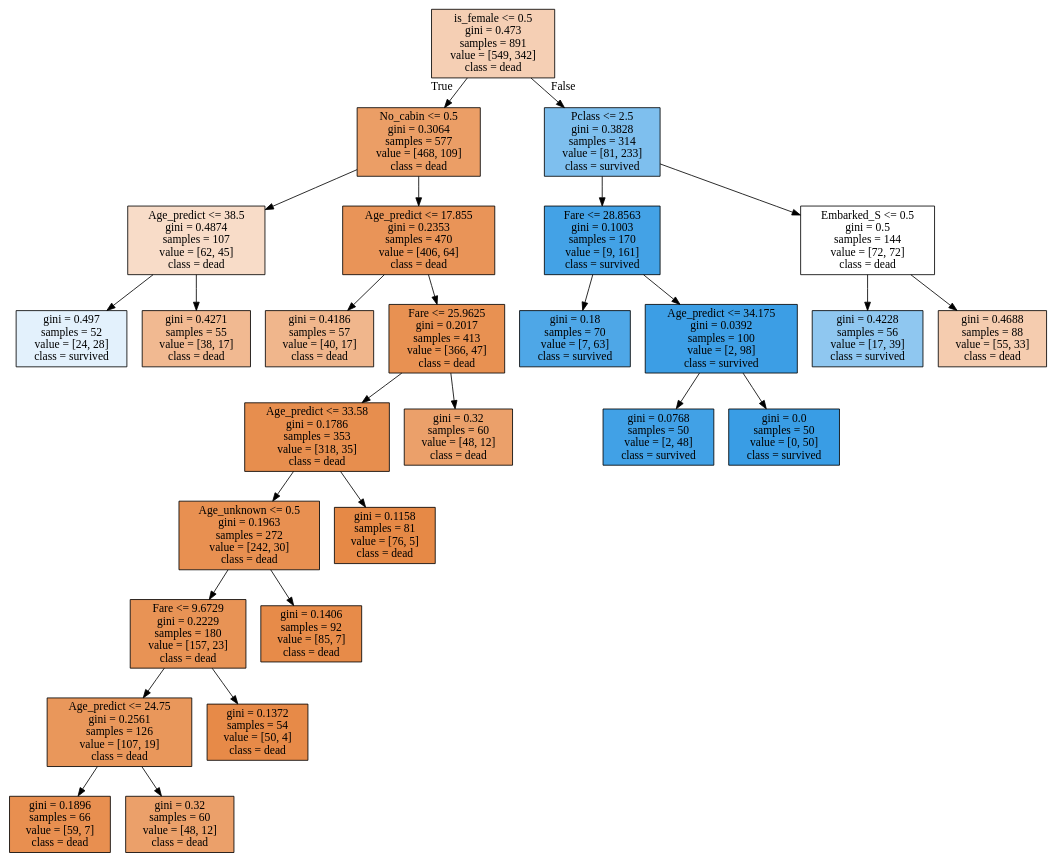
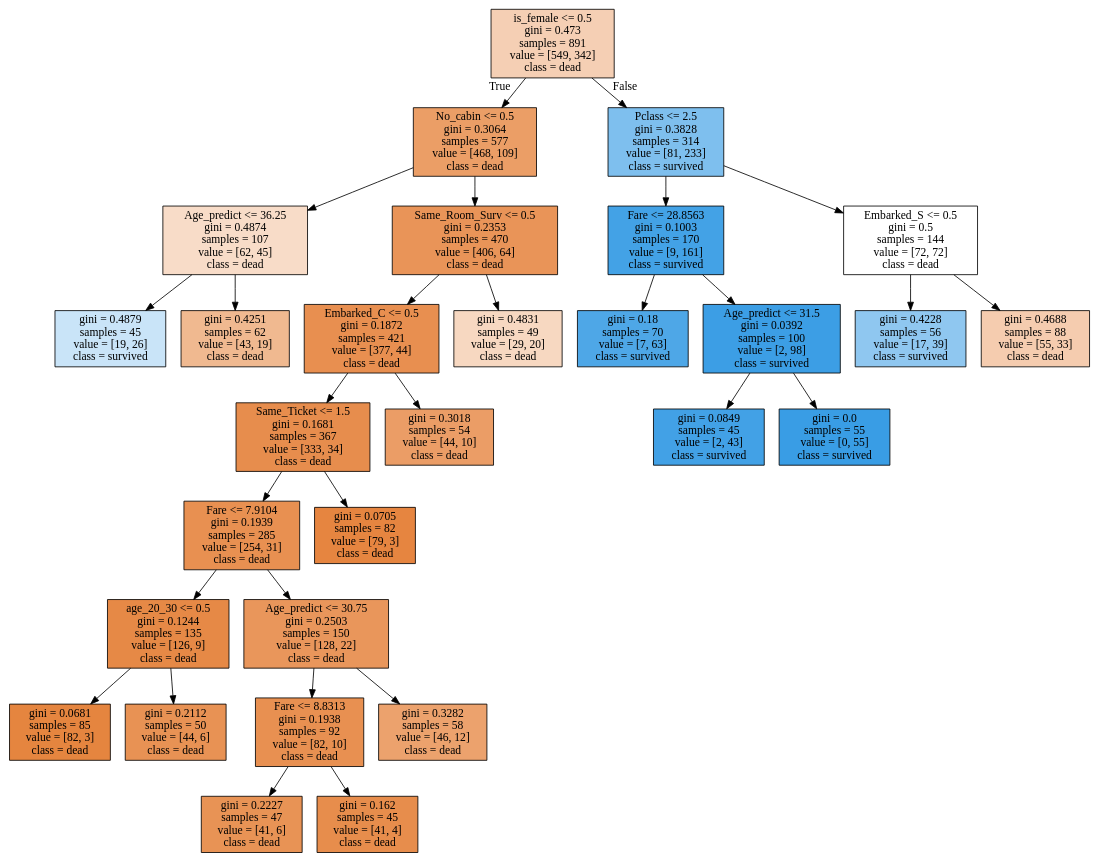
The diagram in img/tree.dot (Sirorezka/Titanic), drawn with Graphviz before and after one commit. The commit also changed 10 other files, not shown here.

```diff
--- a/img/tree.dot
+++ b/img/tree.dot
@@ -1,56 +1,60 @@
 digraph Tree {
 node [shape=box, style="filled", color="black"] ;
 0 [label="is_female <= 0.5\ngini = 0.473\nsamples = 891\nvalue = [549, 342]\nclass = dead", fillcolor="#e5813960"] ;
 1 [label="No_cabin <= 0.5\ngini = 0.3064\nsamples = 577\nvalue = [468, 109]\nclass = dead", fillcolor="#e58139c4"] ;
 0 -> 1 [labeldistance=2.5, labelangle=45, headlabel="True"] ;
-2 [label="Age_predict <= 38.5\ngini = 0.4874\nsamples = 107\nvalue = [62, 45]\nclass = dead", fillcolor="#e5813946"] ;
+2 [label="Age_predict <= 36.25\ngini = 0.4874\nsamples = 107\nvalue = [62, 45]\nclass = dead", fillcolor="#e5813946"] ;
 1 -> 2 ;
-3 [label="gini = 0.497\nsamples = 52\nvalue = [24, 28]\nclass = survived", fillcolor="#399de524"] ;
+3 [label="gini = 0.4879\nsamples = 45\nvalue = [19, 26]\nclass = survived", fillcolor="#399de545"] ;
 2 -> 3 ;
-4 [label="gini = 0.4271\nsamples = 55\nvalue = [38, 17]\nclass = dead", fillcolor="#e581398d"] ;
+4 [label="gini = 0.4251\nsamples = 62\nvalue = [43, 19]\nclass = dead", fillcolor="#e581398e"] ;
 2 -> 4 ;
-5 [label="Age_predict <= 17.855\ngini = 0.2353\nsamples = 470\nvalue = [406, 64]\nclass = dead", fillcolor="#e58139d7"] ;
+5 [label="Same_Room_Surv <= 0.5\ngini = 0.2353\nsamples = 470\nvalue = [406, 64]\nclass = dead", fillcolor="#e58139d7"] ;
 1 -> 5 ;
-6 [label="gini = 0.4186\nsamples = 57\nvalue = [40, 17]\nclass = dead", fillcolor="#e5813993"] ;
+6 [label="Embarked_C <= 0.5\ngini = 0.1872\nsamples = 421\nvalue = [377, 44]\nclass = dead", fillcolor="#e58139e1"] ;
 5 -> 6 ;
-7 [label="Fare <= 25.9625\ngini = 0.2017\nsamples = 413\nvalue = [366, 47]\nclass = dead", fillcolor="#e58139de"] ;
-5 -> 7 ;
-8 [label="Age_predict <= 33.58\ngini = 0.1786\nsamples = 353\nvalue = [318, 35]\nclass = dead", fillcolor="#e58139e3"] ;
+7 [label="Same_Ticket <= 1.5\ngini = 0.1681\nsamples = 367\nvalue = [333, 34]\nclass = dead", fillcolor="#e58139e5"] ;
+6 -> 7 ;
+8 [label="Fare <= 7.9104\ngini = 0.1939\nsamples = 285\nvalue = [254, 31]\nclass = dead", fillcolor="#e58139e0"] ;
 7 -> 8 ;
-9 [label="Age_unknown <= 0.5\ngini = 0.1963\nsamples = 272\nvalue = [242, 30]\nclass = dead", fillcolor="#e58139df"] ;
+9 [label="age_20_30 <= 0.5\ngini = 0.1244\nsamples = 135\nvalue = [126, 9]\nclass = dead", fillcolor="#e58139ed"] ;
 8 -> 9 ;
-10 [label="Fare <= 9.6729\ngini = 0.2229\nsamples = 180\nvalue = [157, 23]\nclass = dead", fillcolor="#e58139da"] ;
+10 [label="gini = 0.0681\nsamples = 85\nvalue = [82, 3]\nclass = dead", fillcolor="#e58139f6"] ;
 9 -> 10 ;
-11 [label="Age_predict <= 24.75\ngini = 0.2561\nsamples = 126\nvalue = [107, 19]\nclass = dead", fillcolor="#e58139d2"] ;
-10 -> 11 ;
-12 [label="gini = 0.1896\nsamples = 66\nvalue = [59, 7]\nclass = dead", fillcolor="#e58139e1"] ;
-11 -> 12 ;
-13 [label="gini = 0.32\nsamples = 60\nvalue = [48, 12]\nclass = dead", fillcolor="#e58139bf"] ;
-11 -> 13 ;
-14 [label="gini = 0.1372\nsamples = 54\nvalue = [50, 4]\nclass = dead", fillcolor="#e58139eb"] ;
-10 -> 14 ;
-15 [label="gini = 0.1406\nsamples = 92\nvalue = [85, 7]\nclass = dead", fillcolor="#e58139ea"] ;
-9 -> 15 ;
-16 [label="gini = 0.1158\nsamples = 81\nvalue = [76, 5]\nclass = dead", fillcolor="#e58139ee"] ;
-8 -> 16 ;
-17 [label="gini = 0.32\nsamples = 60\nvalue = [48, 12]\nclass = dead", fillcolor="#e58139bf"] ;
+11 [label="gini = 0.2112\nsamples = 50\nvalue = [44, 6]\nclass = dead", fillcolor="#e58139dc"] ;
+9 -> 11 ;
+12 [label="Age_predict <= 30.75\ngini = 0.2503\nsamples = 150\nvalue = [128, 22]\nclass = dead", fillcolor="#e58139d3"] ;
+8 -> 12 ;
+13 [label="Fare <= 8.8313\ngini = 0.1938\nsamples = 92\nvalue = [82, 10]\nclass = dead", fillcolor="#e58139e0"] ;
+12 -> 13 ;
+14 [label="gini = 0.2227\nsamples = 47\nvalue = [41, 6]\nclass = dead", fillcolor="#e58139da"] ;
+13 -> 14 ;
+15 [label="gini = 0.162\nsamples = 45\nvalue = [41, 4]\nclass = dead", fillcolor="#e58139e6"] ;
+13 -> 15 ;
+16 [label="gini = 0.3282\nsamples = 58\nvalue = [46, 12]\nclass = dead", fillcolor="#e58139bc"] ;
+12 -> 16 ;
+17 [label="gini = 0.0705\nsamples = 82\nvalue = [79, 3]\nclass = dead", fillcolor="#e58139f5"] ;
 7 -> 17 ;
-18 [label="Pclass <= 2.5\ngini = 0.3828\nsamples = 314\nvalue = [81, 233]\nclass = survived", fillcolor="#399de5a6"] ;
-0 -> 18 [labeldistance=2.5, labelangle=-45, headlabel="False"] ;
-19 [label="Fare <= 28.8563\ngini = 0.1003\nsamples = 170\nvalue = [9, 161]\nclass = survived", fillcolor="#399de5f1"] ;
-18 -> 19 ;
-20 [label="gini = 0.18\nsamples = 70\nvalue = [7, 63]\nclass = survived", fillcolor="#399de5e3"] ;
-19 -> 20 ;
-21 [label="Age_predict <= 34.175\ngini = 0.0392\nsamples = 100\nvalue = [2, 98]\nclass = survived", fillcolor="#399de5fa"] ;
-19 -> 21 ;
-22 [label="gini = 0.0768\nsamples = 50\nvalue = [2, 48]\nclass = survived", fillcolor="#399de5f4"] ;
+18 [label="gini = 0.3018\nsamples = 54\nvalue = [44, 10]\nclass = dead", fillcolor="#e58139c5"] ;
+6 -> 18 ;
+19 [label="gini = 0.4831\nsamples = 49\nvalue = [29, 20]\nclass = dead", fillcolor="#e581394f"] ;
+5 -> 19 ;
+20 [label="Pclass <= 2.5\ngini = 0.3828\nsamples = 314\nvalue = [81, 233]\nclass = survived", fillcolor="#399de5a6"] ;
+0 -> 20 [labeldistance=2.5, labelangle=-45, headlabel="False"] ;
+21 [label="Fare <= 28.8563\ngini = 0.1003\nsamples = 170\nvalue = [9, 161]\nclass = survived", fillcolor="#399de5f1"] ;
+20 -> 21 ;
+22 [label="gini = 0.18\nsamples = 70\nvalue = [7, 63]\nclass = survived", fillcolor="#399de5e3"] ;
 21 -> 22 ;
-23 [label="gini = 0.0\nsamples = 50\nvalue = [0, 50]\nclass = survived", fillcolor="#399de5ff"] ;
+23 [label="Age_predict <= 31.5\ngini = 0.0392\nsamples = 100\nvalue = [2, 98]\nclass = survived", fillcolor="#399de5fa"] ;
 21 -> 23 ;
-24 [label="Embarked_S <= 0.5\ngini = 0.5\nsamples = 144\nvalue = [72, 72]\nclass = dead", fillcolor="#e5813900"] ;
-18 -> 24 ;
-25 [label="gini = 0.4228\nsamples = 56\nvalue = [17, 39]\nclass = survived", fillcolor="#399de590"] ;
-24 -> 25 ;
-26 [label="gini = 0.4688\nsamples = 88\nvalue = [55, 33]\nclass = dead", fillcolor="#e5813966"] ;
-24 -> 26 ;
+24 [label="gini = 0.0849\nsamples = 45\nvalue = [2, 43]\nclass = survived", fillcolor="#399de5f3"] ;
+23 -> 24 ;
+25 [label="gini = 0.0\nsamples = 55\nvalue = [0, 55]\nclass = survived", fillcolor="#399de5ff"] ;
+23 -> 25 ;
+26 [label="Embarked_S <= 0.5\ngini = 0.5\nsamples = 144\nvalue = [72, 72]\nclass = dead", fillcolor="#e5813900"] ;
+20 -> 26 ;
+27 [label="gini = 0.4228\nsamples = 56\nvalue = [17, 39]\nclass = survived", fillcolor="#399de590"] ;
+26 -> 27 ;
+28 [label="gini = 0.4688\nsamples = 88\nvalue = [55, 33]\nclass = dead", fillcolor="#e5813966"] ;
+26 -> 28 ;
 }
```
